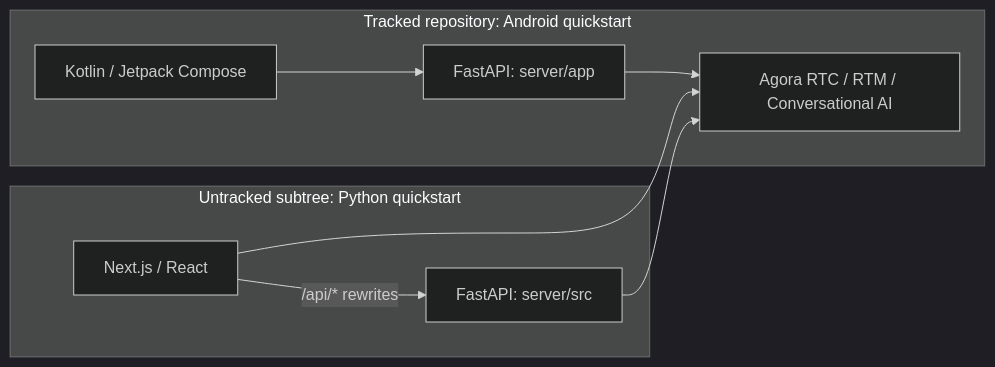
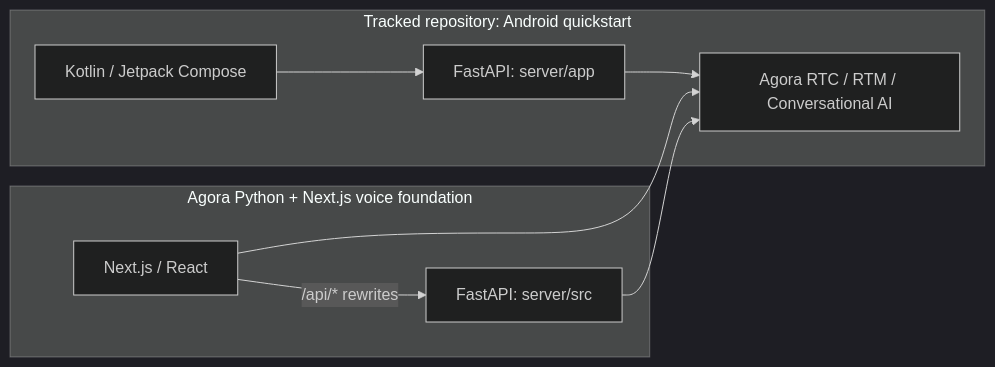
One commit to Mario-World/BoloRide changed the first of 2 diagrams in ARCHITECTURE.md. Above: the diagram before and after it, drawn with Mermaid (dark theme). The commit also changed other lines of this file and 62 other files, not shown here.

````diff
--- a/ARCHITECTURE.md
+++ b/ARCHITECTURE.md
@@ -12,13 +12,13 @@
 ```mermaid
 flowchart LR
   subgraph Root["Tracked repository: Android quickstart"]
     Android["Kotlin / Jetpack Compose"] --> AndroidAPI["FastAPI: server/app"]
     AndroidAPI --> Agora["Agora RTC / RTM / Conversational AI"]
   end
 
-  subgraph Nested["Untracked subtree: Python quickstart"]
+  subgraph Nested["Agora Python + Next.js voice foundation"]
     Web["Next.js / React"] -->|"/api/* rewrites"| WebAPI["FastAPI: server/src"]
     Web --> Agora
     WebAPI --> Agora
   end
 ```
````
